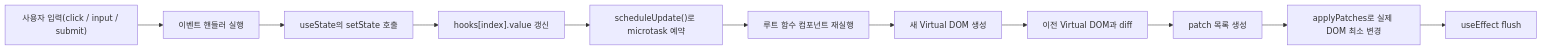
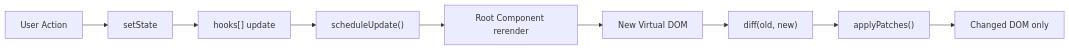
The first of 3 diagrams in README.md (cloud-9-git/baby-react_260401), drawn with Mermaid before and after one commit. The commit also changed other lines of this file and 2 other files, not shown here.

````diff
--- a/README.md
+++ b/README.md
@@ -21,13 +19,11 @@
 ```mermaid
 flowchart LR
-    A["사용자 입력(click / input / submit)"] --> B["이벤트 핸들러 실행"]
-    B --> C["useState의 setState 호출"]
-    C --> D["hooks[index].value 갱신"]
-    D --> E["scheduleUpdate()로 microtask 예약"]
-    E --> F["루트 함수 컴포넌트 재실행"]
-    F --> G["새 Virtual DOM 생성"]
-    G --> H["이전 Virtual DOM과 diff"]
-    H --> I["patch 목록 생성"]
-    I --> J["applyPatches로 실제 DOM 최소 변경"]
-    J --> K["useEffect flush"]
+    A["User Action"] --> B["setState"]
+    B --> C["hooks[] update"]
+    C --> D["scheduleUpdate()"]
+    D --> E["Root Component rerender"]
+    E --> F["New Virtual DOM"]
+    F --> G["diff(old, new)"]
+    G --> H["applyPatches()"]
+    H --> I["Changed DOM only"]
 ```
````
